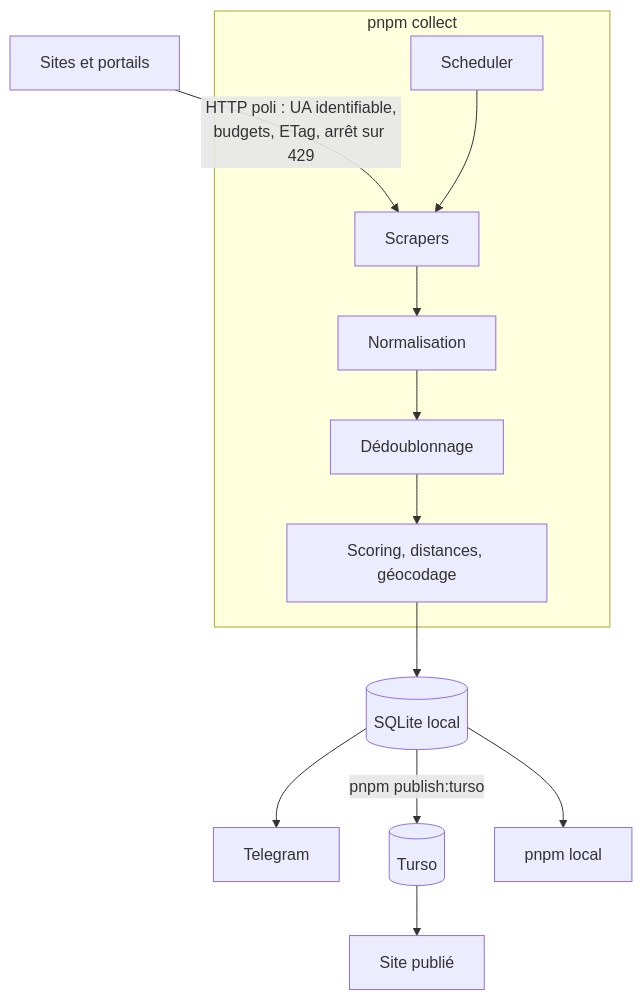
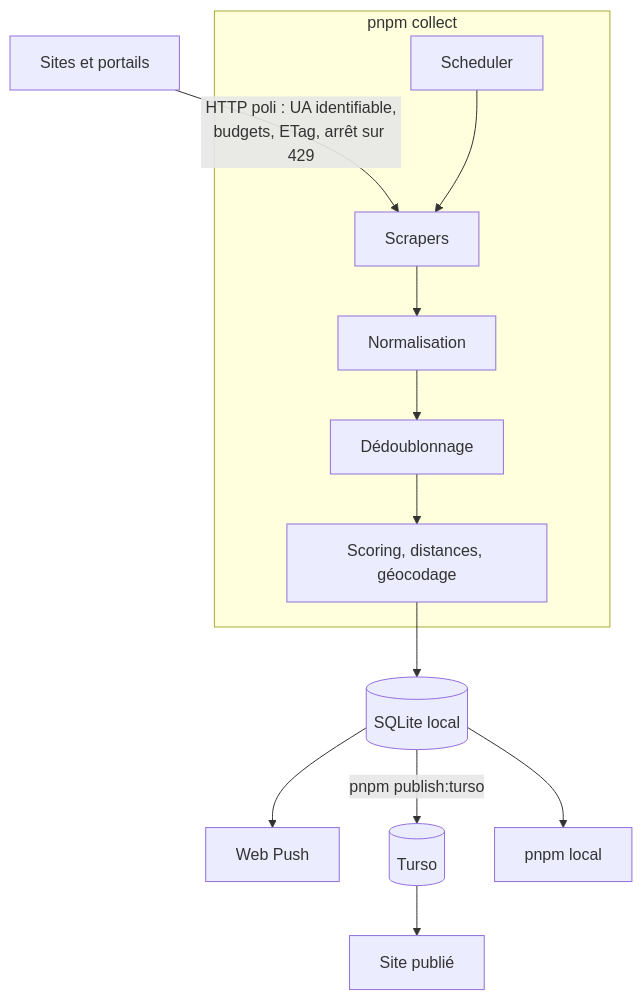
One commit to WizyxGH/RentFinder changed the diagram in docs/architecture.md. Above: the diagram before and after it, drawn with Mermaid. The commit also changed 25 other files, not shown here.

````diff
--- a/docs/architecture.md
+++ b/docs/architecture.md
@@ -13,13 +13,13 @@
 ```mermaid
 flowchart TB
     SITES[Sites et portails] -->|"HTTP poli : UA identifiable,<br/>budgets, ETag, arrêt sur 429"| SCRAP
     subgraph Collecte["pnpm collect"]
         SCHED[Scheduler] --> SCRAP[Scrapers] --> NORM[Normalisation]
         NORM --> DEDUP[Dédoublonnage] --> SCORE[Scoring, distances, géocodage]
     end
     SCORE --> DB[(SQLite local)]
-    DB --> TG[Telegram]
+    DB --> PUSH[Web Push]
     DB -->|pnpm publish:turso| TURSO[(Turso)]
     TURSO --> WEB[Site publié]
     DB --> LOCAL[pnpm local]
 ```
````
